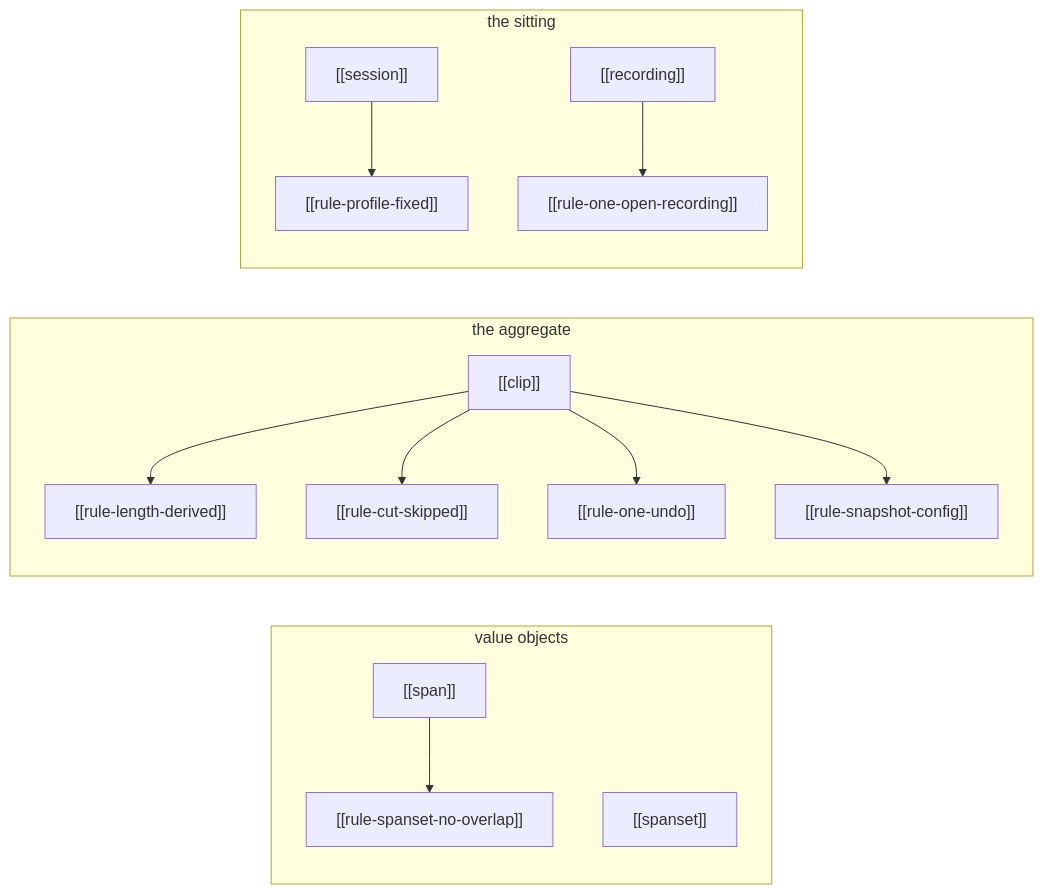
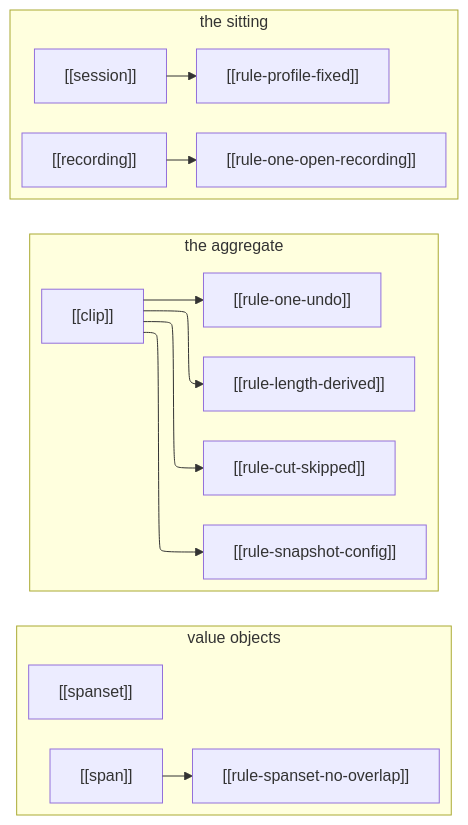
The diagram in docs/ontology/rules.md (acs/democlip), drawn with Mermaid before and after one commit. The commit also changed 3 other files, not shown here.

First line of the commit message:
docs: lay the ontology diagrams out with ELK, and keep them square

````diff
--- a/docs/ontology/rules.md
+++ b/docs/ontology/rules.md
@@ -12,17 +12,18 @@
 ```mermaid
+%%{init: {"layout": "elk"}}%%
 flowchart LR
     subgraph value["value objects"]
         span["[[span]]"] --> r1["[[rule-spanset-no-overlap]]"]
         spanset["[[spanset]]"]
     end
     subgraph agg["the aggregate"]
         clip["[[clip]]"] --> r2["[[rule-length-derived]]"]
         clip --> r3["[[rule-cut-skipped]]"]
         clip --> r4["[[rule-one-undo]]"]
         clip --> r5["[[rule-snapshot-config]]"]
     end
     subgraph sitting["the sitting"]
         session["[[session]]"] --> r6["[[rule-profile-fixed]]"]
         recording["[[recording]]"] --> r7["[[rule-one-open-recording]]"]
     end
 ```
````
